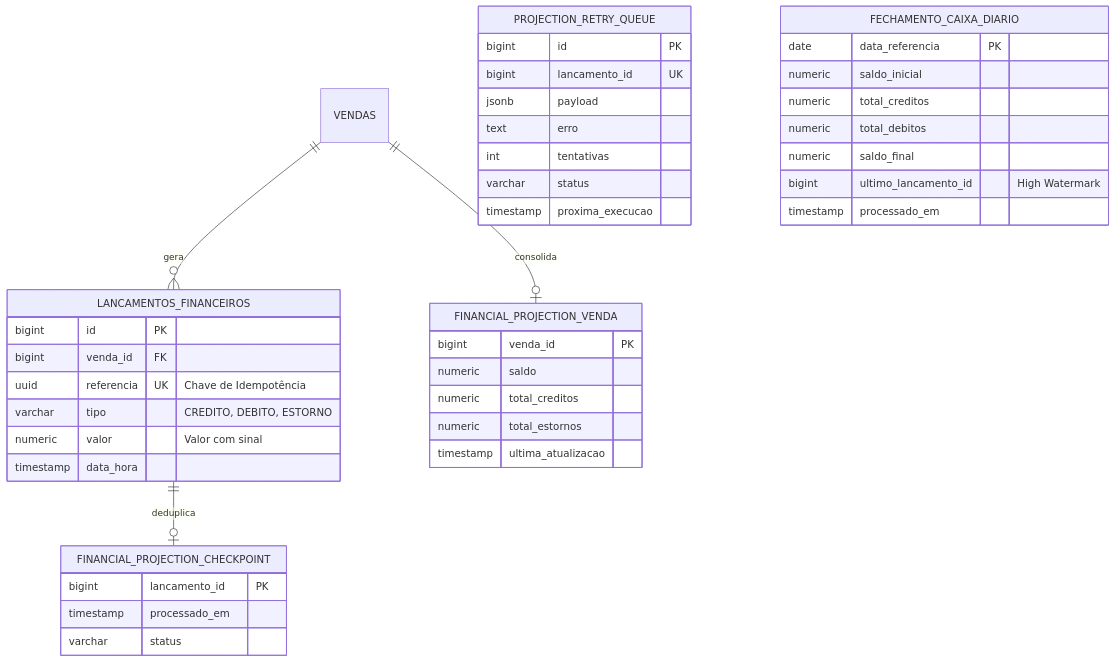
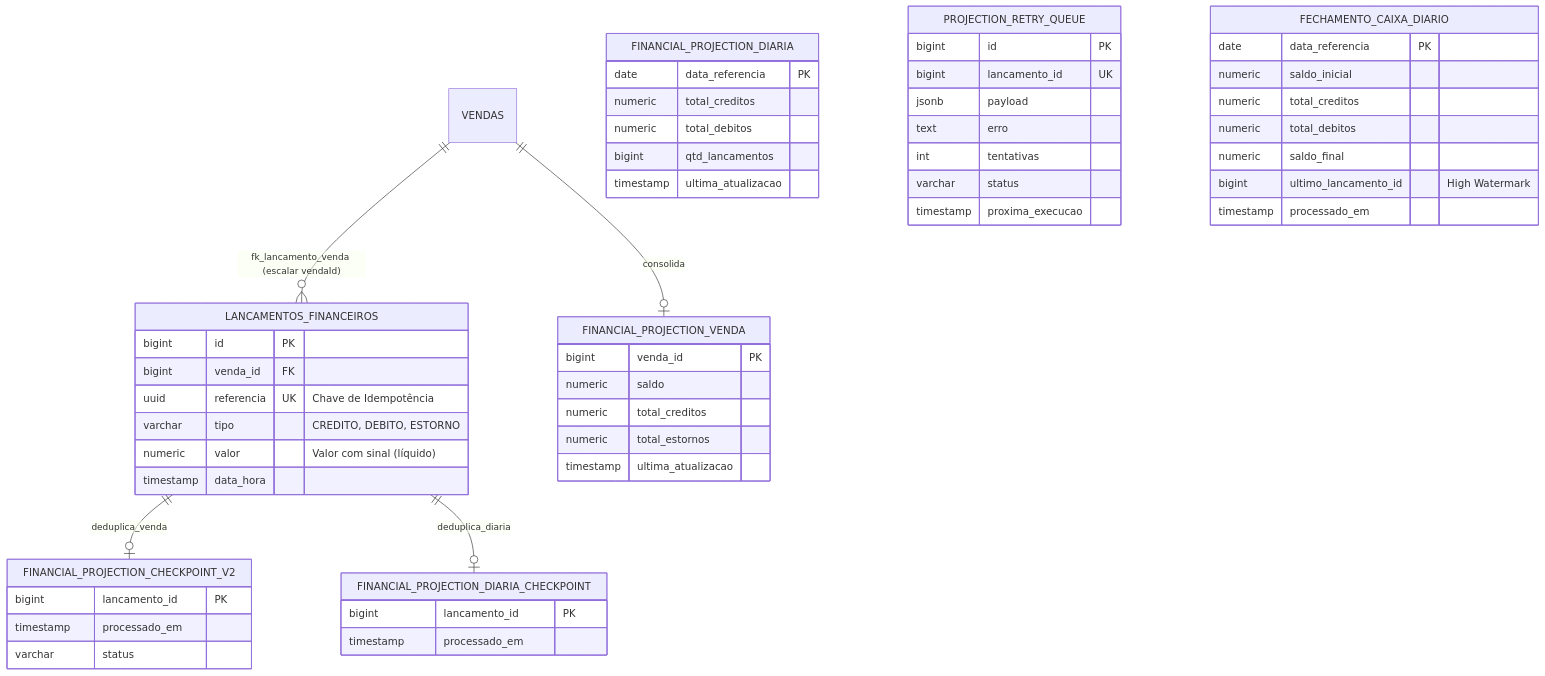
Before and after one commit to iXDGabrielTK/petshop-microservices: the third of 3 diagrams in docs/domains/finance.md, drawn with Mermaid. The commit also changed other lines of this file and 13 other files, not shown here.

````diff
--- a/docs/domains/finance.md
+++ b/docs/domains/finance.md
@@ -89,49 +96,63 @@
 ```mermaid
 erDiagram
-    LANCAMENTOS_FINANCEIROS ||--o| FINANCIAL_PROJECTION_CHECKPOINT : deduplica
-    VENDAS ||--o{ LANCAMENTOS_FINANCEIROS : gera
+    LANCAMENTOS_FINANCEIROS ||--o| FINANCIAL_PROJECTION_CHECKPOINT_V2 : deduplica_venda
+    LANCAMENTOS_FINANCEIROS ||--o| FINANCIAL_PROJECTION_DIARIA_CHECKPOINT : deduplica_diaria
+    VENDAS ||--o{ LANCAMENTOS_FINANCEIROS : "fk_lancamento_venda (escalar vendaId)"
     VENDAS ||--o| FINANCIAL_PROJECTION_VENDA : consolida
     
     LANCAMENTOS_FINANCEIROS {
         bigint id PK
         bigint venda_id FK
         uuid referencia UK "Chave de Idempotência"
         varchar tipo "CREDITO, DEBITO, ESTORNO"
-        numeric valor "Valor com sinal"
+        numeric valor "Valor com sinal (líquido)"
         timestamp data_hora
     }
 
     FINANCIAL_PROJECTION_VENDA {
         bigint venda_id PK
         numeric saldo
         numeric total_creditos
         numeric total_estornos
         timestamp ultima_atualizacao
     }
 
-    FINANCIAL_PROJECTION_CHECKPOINT {
+    FINANCIAL_PROJECTION_CHECKPOINT_V2 {
         bigint lancamento_id PK
         timestamp processado_em
         varchar status
+    }
+
+    FINANCIAL_PROJECTION_DIARIA {
+        date data_referencia PK
+        numeric total_creditos
+        numeric total_debitos
+        bigint qtd_lancamentos
+        timestamp ultima_atualizacao
+    }
+
+    FINANCIAL_PROJECTION_DIARIA_CHECKPOINT {
+        bigint lancamento_id PK
+        timestamp processado_em
     }
 
     PROJECTION_RETRY_QUEUE {
         bigint id PK
         bigint lancamento_id UK
         jsonb payload
         text erro
         int tentativas
         varchar status
         timestamp proxima_execucao
     }
 
     FECHAMENTO_CAIXA_DIARIO {
         date data_referencia PK
         numeric saldo_inicial
         numeric total_creditos
         numeric total_debitos
         numeric saldo_final
         bigint ultimo_lancamento_id "High Watermark"
         timestamp processado_em
     }
 ```
````
